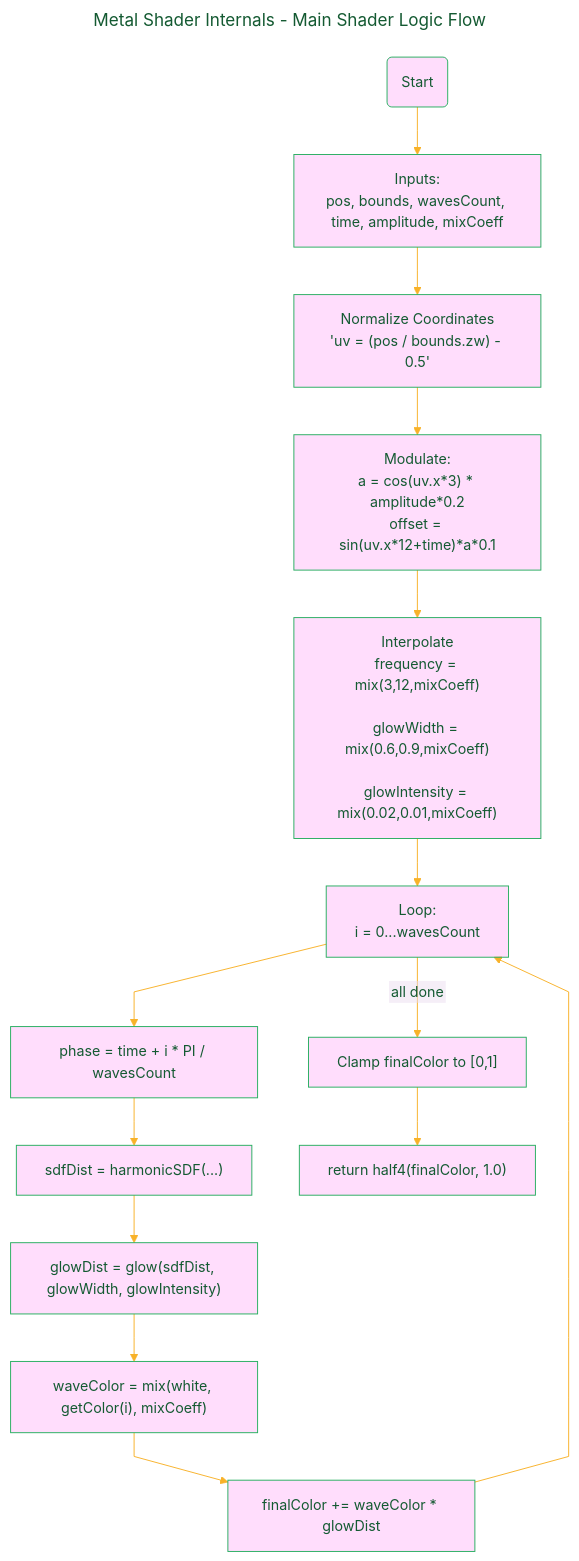
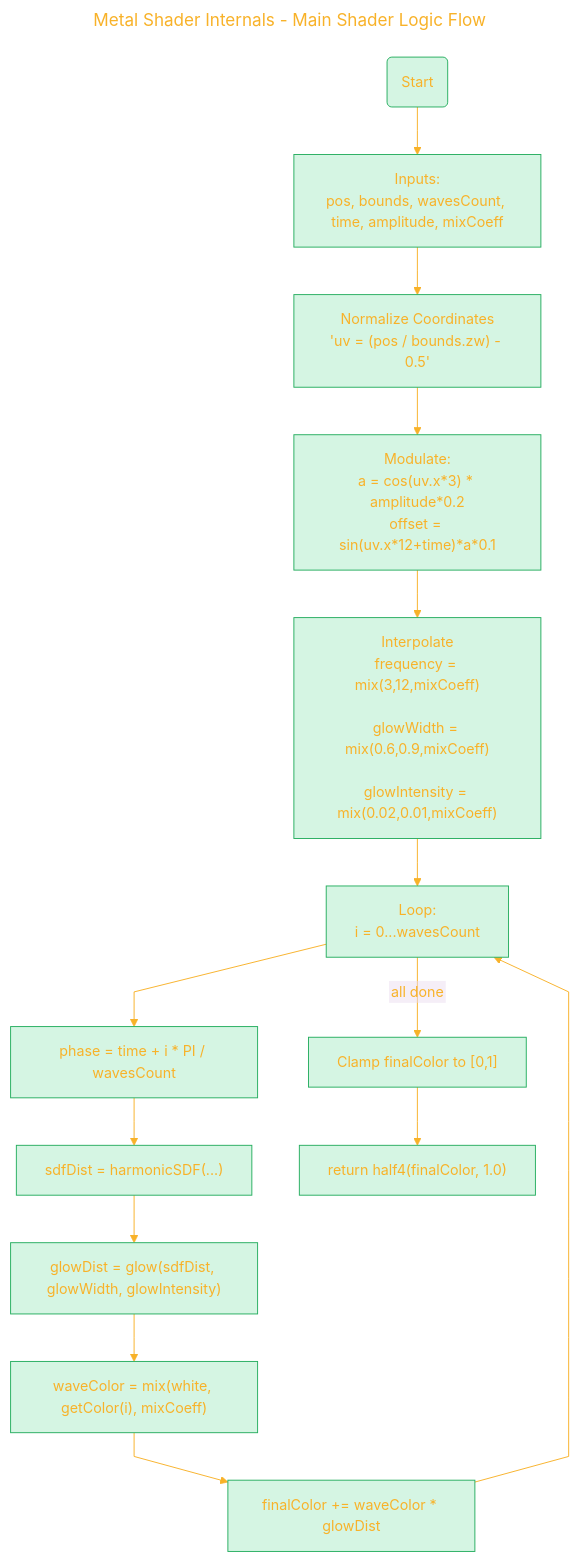
Before and after one commit to CongLeSolutionX/Harmonic_Shaders: the third of 8 diagrams in DOCUMENTATION_Draft_2.md, drawn with Mermaid. The commit also changed other lines of this file, not shown here.

````diff
--- a/DOCUMENTATION_Draft_2.md
+++ b/DOCUMENTATION_Draft_2.md
@@ -132,46 +132,46 @@
 ```mermaid
 ---
 title: "Metal Shader Internals - Main Shader Logic Flow"
 author: "Cong Le"
 version: "1.0"
 license(s): "MIT, CC BY 4.0"
 copyright: "Copyright (c) 2025 Cong Le. All Rights Reserved."
 config:
   layout: dagre
   theme: base
 ---
 %%%%%%%% Mermaid version v11.4.1-b.14
 %%%%%%%% Available curve styles include the following keywords:
 %% basis, bumpX, bumpY, cardinal, catmullRom, linear, monotoneX, monotoneY, natural, step, stepAfter, stepBefore.
 %%{
   init: {
     'flowchart': { 'htmlLabels': false, 'curve': 'linear' },
     'fontFamily': 'Monaco',
     'themeVariables': {
-      'primaryColor': '#F5E3',
-      'primaryTextColor': '#145A32',
+      'primaryColor': '#D5F5E3',
+      'primaryTextColor': '#F8B229',
       'lineColor': '#F8B229',
       'primaryBorderColor': '#27AE60',
       'secondaryColor': '#EBDEF0',
       'secondaryTextColor': '#6C3483',
       'secondaryBorderColor': '#A569BD',
       'fontSize': '15px'
     }
   }
 }%%
 flowchart TD
     START("Start") --> INPUTS["Inputs:<br/>pos, bounds, wavesCount, time, amplitude, mixCoeff"]
     INPUTS --> UV["Normalize Coordinates<br/>'uv = (pos / bounds.zw) - 0.5'"]
     UV --> MOD["Modulate:<br/>a = cos(uv.x*3) * amplitude*0.2<br/>offset = sin(uv.x*12+time)*a*0.1"]
     MOD --> INTERP["Interpolate<br/>frequency = mix(3,12,mixCoeff)<br/><br/>glowWidth = mix(0.6,0.9,mixCoeff)<br/><br/>glowIntensity = mix(0.02,0.01,mixCoeff)"]
     INTERP --> LOOP["Loop:<br/> i = 0...wavesCount"]
     LOOP --> PHASE["phase = time + i * PI / wavesCount"]
     PHASE --> DIST["sdfDist = harmonicSDF(...)"]
     DIST --> GLOW["glowDist = glow(sdfDist, glowWidth, glowIntensity)"]
     GLOW --> COLOR["waveColor = mix(white, getColor(i), mixCoeff)"]
     COLOR --> ADD["finalColor += waveColor * glowDist"]
     ADD --> LOOP
     LOOP -->|all done| POST["Clamp finalColor to [0,1]"]
     POST --> END["return half4(finalColor, 1.0)"]
     
 ```
````
